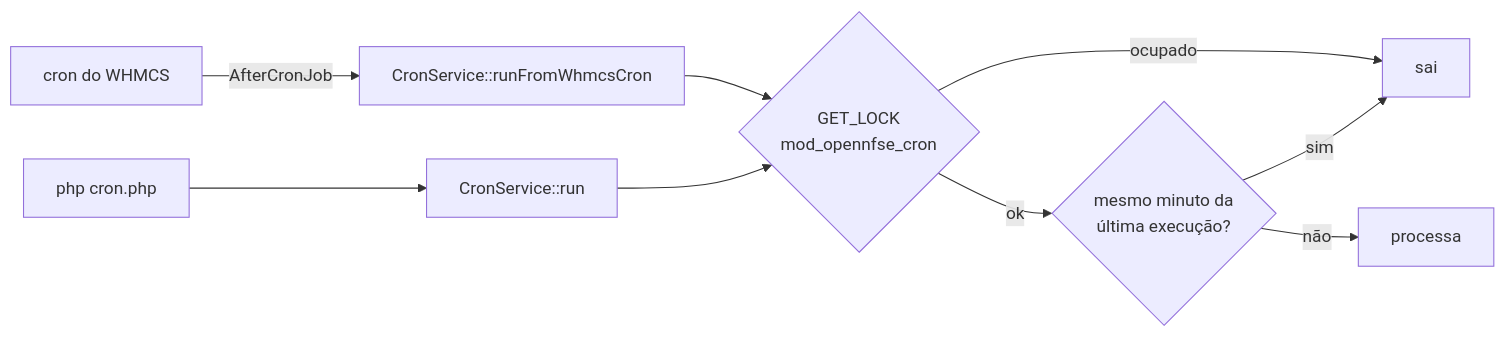
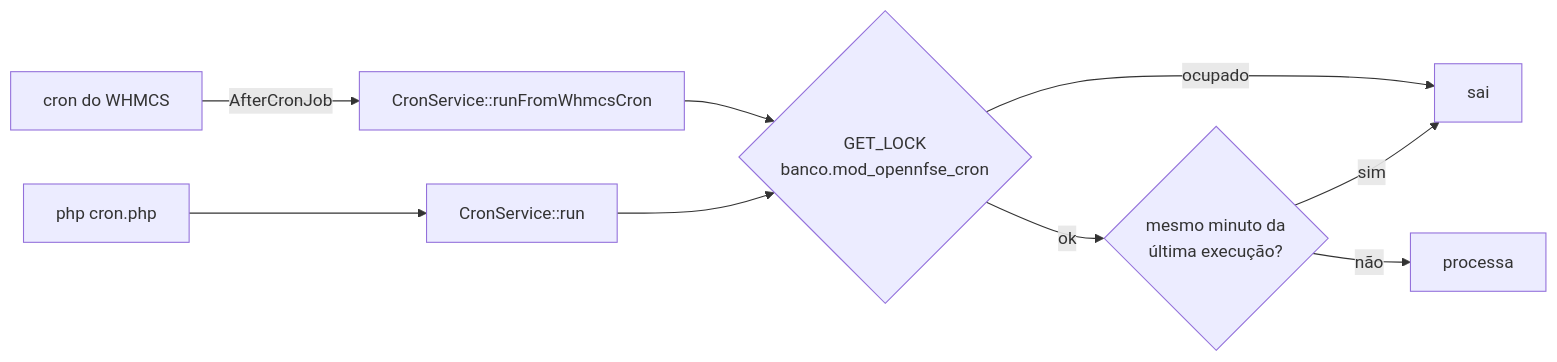
The fourth of 4 diagrams in docs/FLUXOS.md (jaison/OpenNfse), drawn with Mermaid before and after one commit. The commit also changed other lines of this file, not shown here.

````diff
--- a/docs/FLUXOS.md
+++ b/docs/FLUXOS.md
@@ -198,11 +212,11 @@
 ```mermaid
 flowchart LR
     W[cron do WHMCS] -- AfterCronJob --> R[CronService::runFromWhmcsCron]
     C[php cron.php] --> S[CronService::run]
-    R --> L{GET_LOCK<br/>mod_opennfse_cron}
+    R --> L{GET_LOCK<br/>banco.mod_opennfse_cron}
     S --> L
     L -- ocupado --> X[sai]
     L -- ok --> M{mesmo minuto da<br/>última execução?}
     M -- sim --> X
     M -- não --> P[processa]
 ```
````
